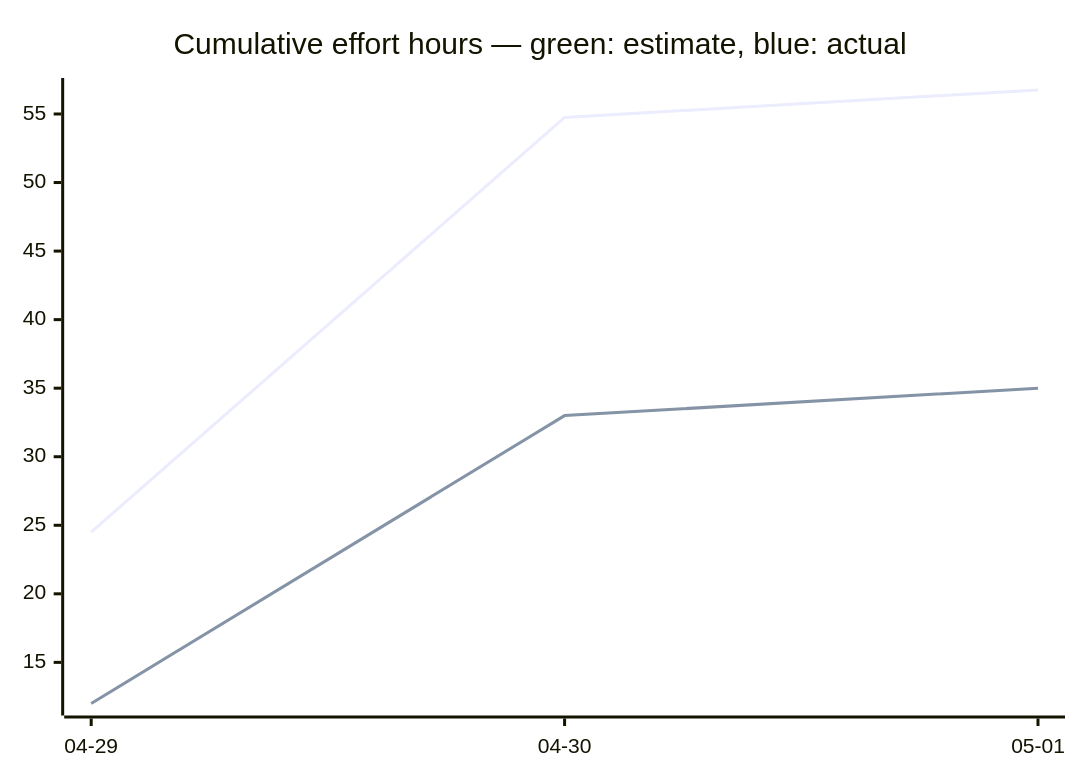
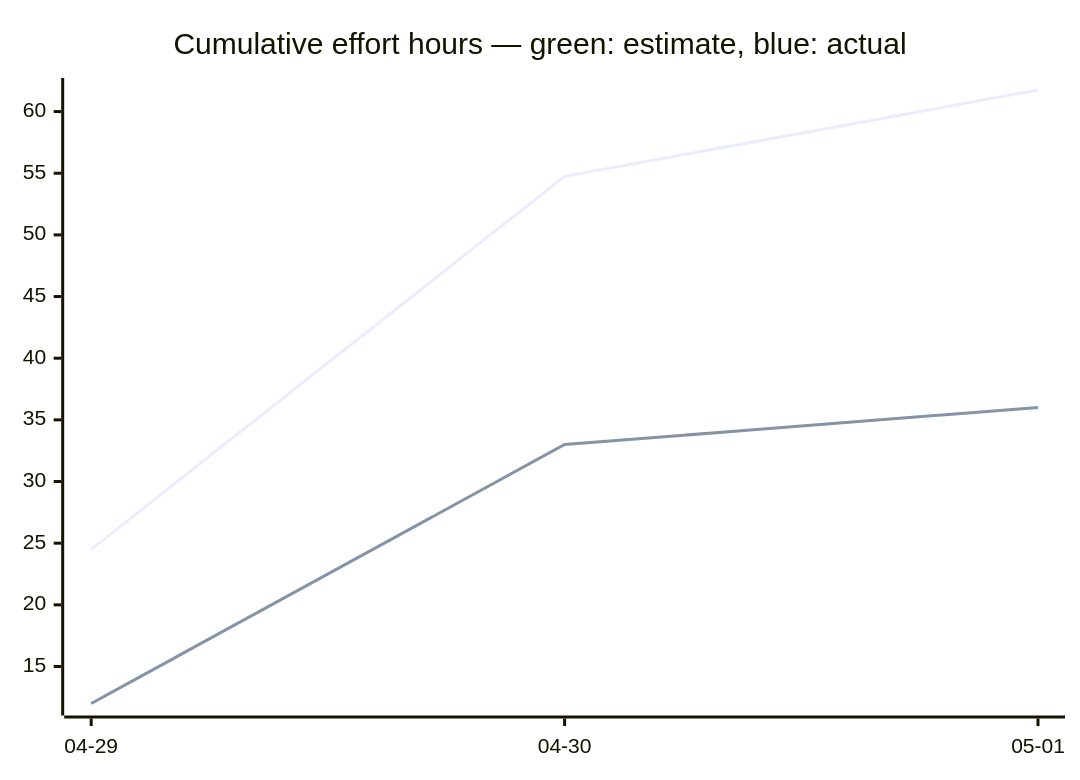
Before and after one commit to tgd1975/AwesomeStudioPedal: the third of 3 diagrams in docs/developers/tasks/OVERVIEW.md, drawn with Mermaid. The commit also changed other lines of this file and 13 other files, not shown here.

````diff
--- a/docs/developers/tasks/OVERVIEW.md
+++ b/docs/developers/tasks/OVERVIEW.md
@@ -40,7 +40,7 @@
 ```mermaid
 xychart-beta
     title "Cumulative effort hours — green: estimate, blue: actual"
     x-axis ["04-29", "04-30", "05-01"]
-    line [24.5, 54.75, 56.75]
-    line [12, 33, 35]
+    line [24.5, 54.75, 61.75]
+    line [12, 33, 36]
 ```
````
